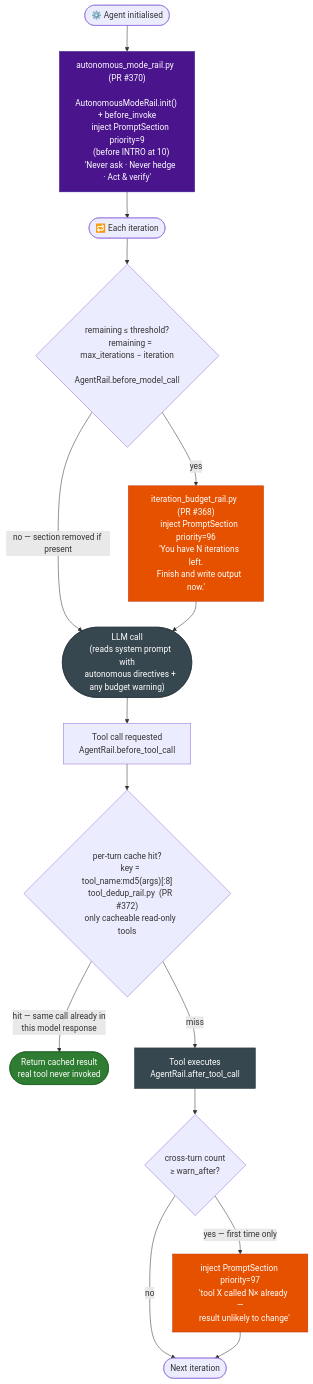
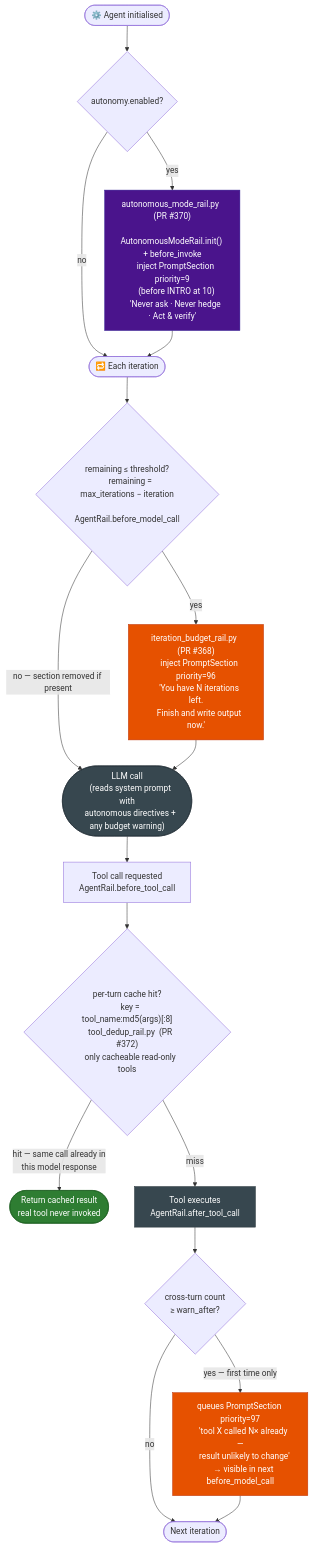
Before and after one commit to michaelatamuk/openjiuwen-jiuwenswarm: the fourth of 8 diagrams in docs-michael/Implementation.Overview.md, drawn with Mermaid. The commit also changed other lines of this file, not shown here.

````diff
--- a/docs-michael/Implementation.Overview.md
+++ b/docs-michael/Implementation.Overview.md
@@ -686,54 +700,58 @@
 ```mermaid
 flowchart TD
     classDef pre  fill:#E65100,color:#fff,stroke:#BF360C
     classDef done fill:#2E7D32,color:#fff,stroke:#1B5E20
     classDef io   fill:#37474F,color:#fff,stroke:#263238
     classDef sys  fill:#4A148C,color:#fff,stroke:#311B92
 
     INIT(["⚙️ Agent initialised"])
 
-    INIT --> AM["autonomous_mode_rail.py  (PR #370)
+    INIT --> AM_ENABLED{"autonomy.enabled?"}
+
+    AM_ENABLED -->|"yes"| AM["autonomous_mode_rail.py  (PR #370)
     AutonomousModeRail.init() + before_invoke
     inject PromptSection priority=9
     (before INTRO at 10)
     'Never ask · Never hedge · Act & verify'"]:::sys
 
+    AM_ENABLED -->|"no"| ITER
     AM --> ITER(["🔁 Each iteration"])
 
     ITER --> IBA_CHK{"remaining ≤ threshold?
     remaining = max_iterations − iteration
     AgentRail.before_model_call"}
 
     IBA_CHK -->|"yes"| IBA["iteration_budget_rail.py  (PR #368)
     inject PromptSection priority=96
     'You have N iterations left.
     Finish and write output now.'"]:::pre
 
     IBA_CHK -->|"no — section removed if present"| LLM
     IBA --> LLM(["LLM call
     (reads system prompt with
     autonomous directives + any budget warning)"]):::io
 
     LLM --> TOOL_REQ["Tool call requested
     AgentRail.before_tool_call"]
 
     TOOL_REQ --> DEDUP{"per-turn cache hit?
     key = tool_name:md5(args)[:8]
     tool_dedup_rail.py  (PR #372)
     only cacheable read-only tools"}
 
     DEDUP -->|"hit — same call already in
     this model response"| CACHED(["Return cached result
     real tool never invoked"]):::done
 
     DEDUP -->|"miss"| EXEC["Tool executes
     AgentRail.after_tool_call"]:::io
 
     EXEC --> CNT{"cross-turn count
     ≥ warn_after?"}
-    CNT -->|"yes — first time only"| WARN["inject PromptSection priority=97
+    CNT -->|"yes — first time only"| WARN["queues PromptSection priority=97
     'tool X called N× already —
-    result unlikely to change'"]:::pre
+    result unlikely to change'
+    → visible in next before_model_call"]:::pre
     CNT -->|"no"| NEXT
     WARN --> NEXT(["Next iteration"])
 ```
````
